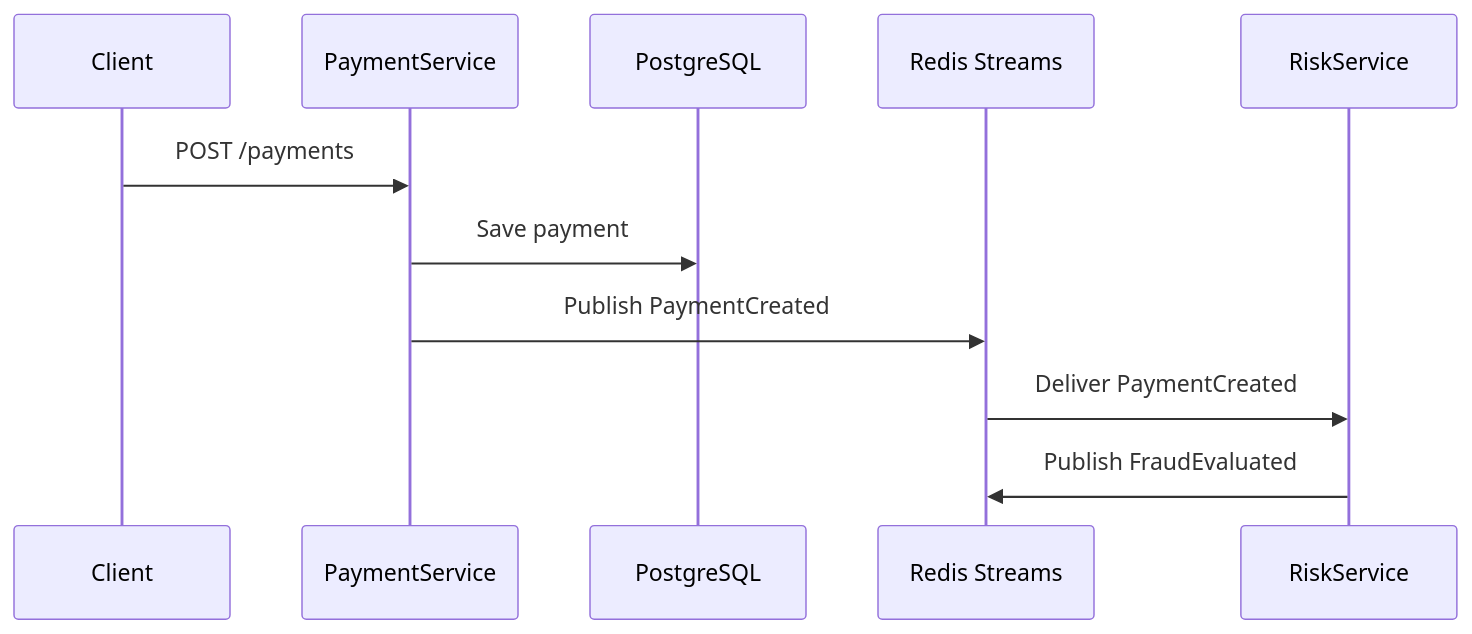
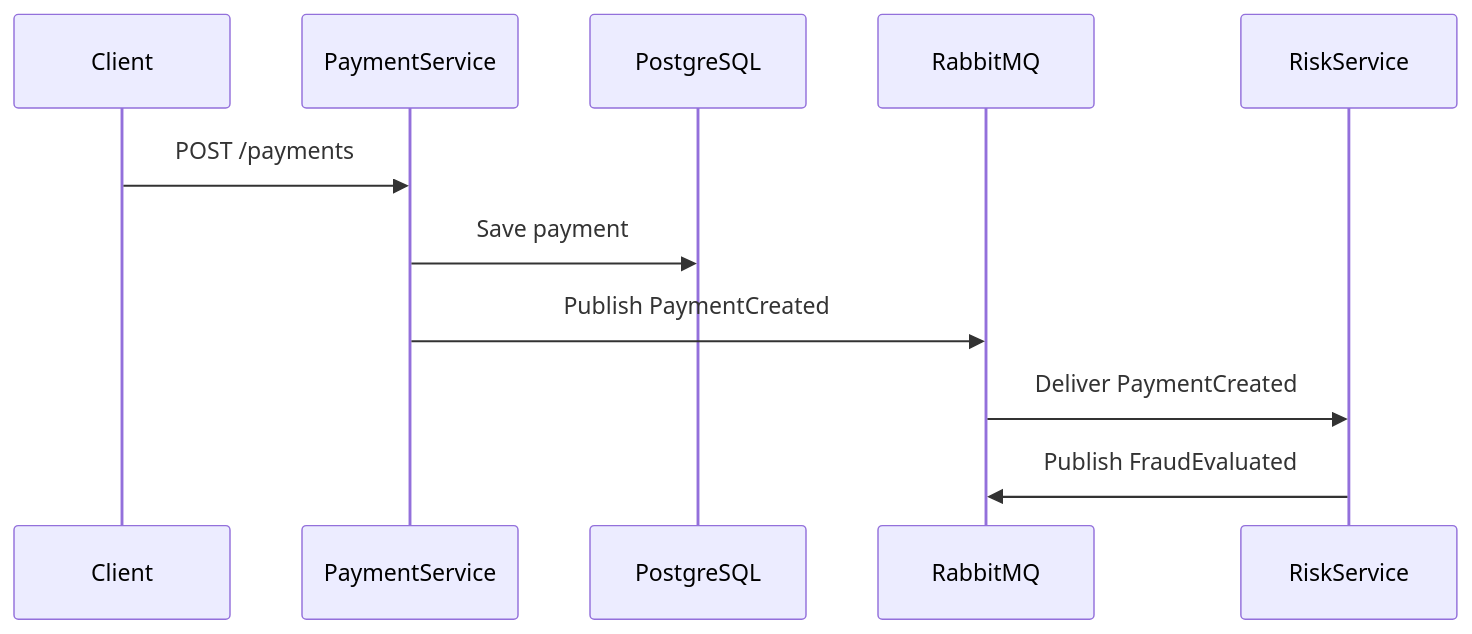
The third of 4 diagrams in README.md (amirasaad/MercuryPay), drawn with Mermaid before and after one commit. The commit also changed other lines of this file and 3 other files, not shown here.

````diff
--- a/README.md
+++ b/README.md
@@ -127,14 +126,14 @@
 ```mermaid
 sequenceDiagram
 participant Client
 participant Payment as PaymentService
 participant Db as PostgreSQL
-participant Stream as Redis Streams
+participant Bus as RabbitMQ
 participant Risk as RiskService
 
 Client->>Payment: POST /payments
 Payment->>Db: Save payment
-Payment->>Stream: Publish PaymentCreated
-Stream->>Risk: Deliver PaymentCreated
-Risk->>Stream: Publish FraudEvaluated
+Payment->>Bus: Publish PaymentCreated
+Bus->>Risk: Deliver PaymentCreated
+Risk->>Bus: Publish FraudEvaluated
 ```
````
